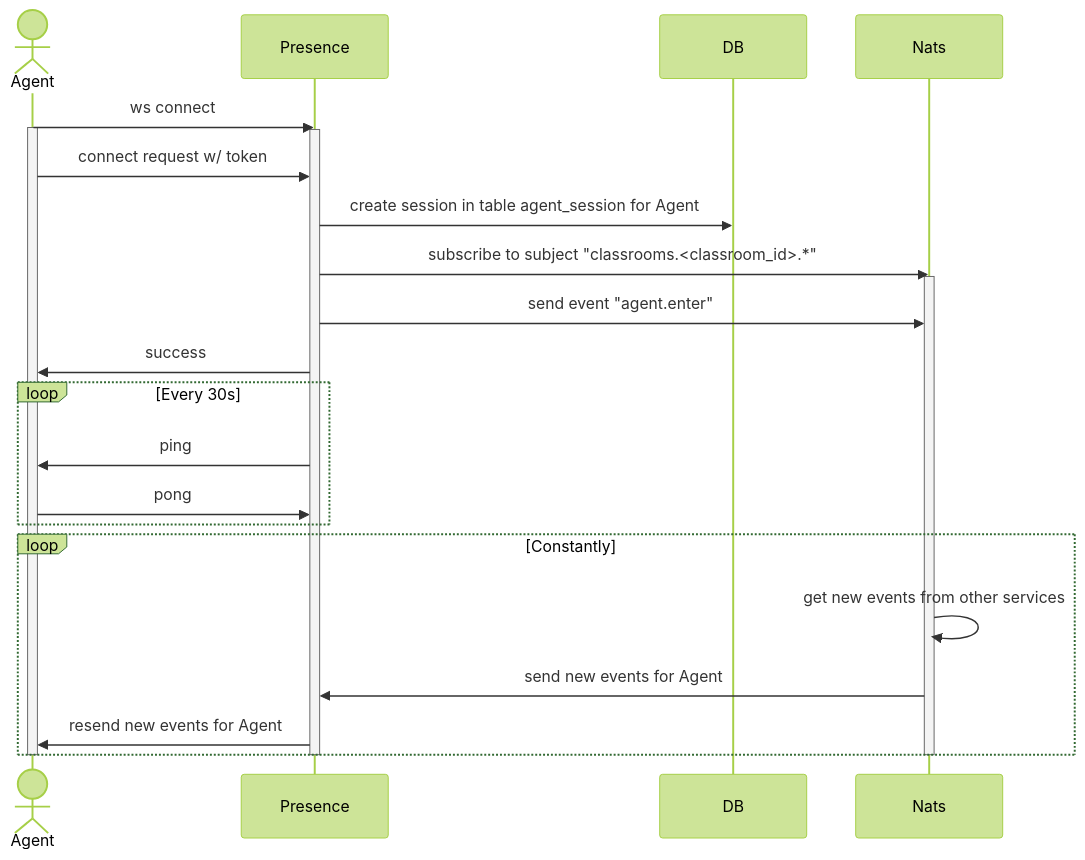
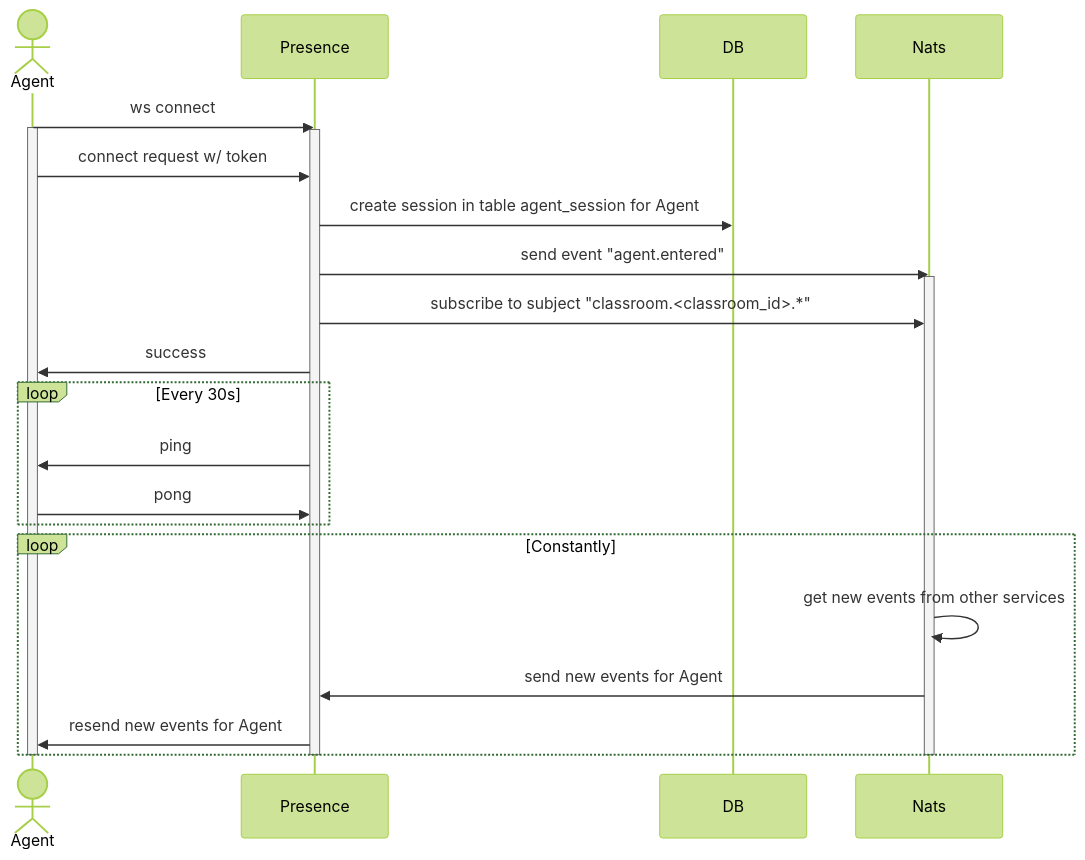
The first of 2 diagrams in docs/src/session/events.md (foxford/presence), drawn with Mermaid (forest theme) before and after one commit. The commit also changed other lines of this file and 10 other files, not shown here.

````diff
--- a/docs/src/session/events.md
+++ b/docs/src/session/events.md
@@ -15,32 +50,32 @@
 ```mermaid
 sequenceDiagram
     actor Agent
     participant Presence
     participant DB
     participant Nats
 
     Agent ->> Presence: ws connect
     activate Agent
     activate Presence
     Agent ->> Presence: connect request w/ token
     Presence ->> DB: create session in table agent_session for Agent
-    Presence ->> Nats: subscribe to subject "classrooms.<classroom_id>.*"
+    Presence ->> Nats: send event "agent.entered"
     activate Nats
-    Presence ->> Nats: send event "agent.enter"
+    Presence ->> Nats: subscribe to subject "classroom.<classroom_id>.*"
     Presence ->> Agent: success
 
     loop Every 30s
         Presence->>Agent: ping
         Agent->>Presence: pong
     end
 
     loop Constantly
       Nats ->> Nats: get new events from other services
       Nats ->> Presence: send new events for Agent
       Presence ->> Agent: resend new events for Agent
     end
 
     deactivate Agent
     deactivate Presence
     deactivate Nats
 ```
````
